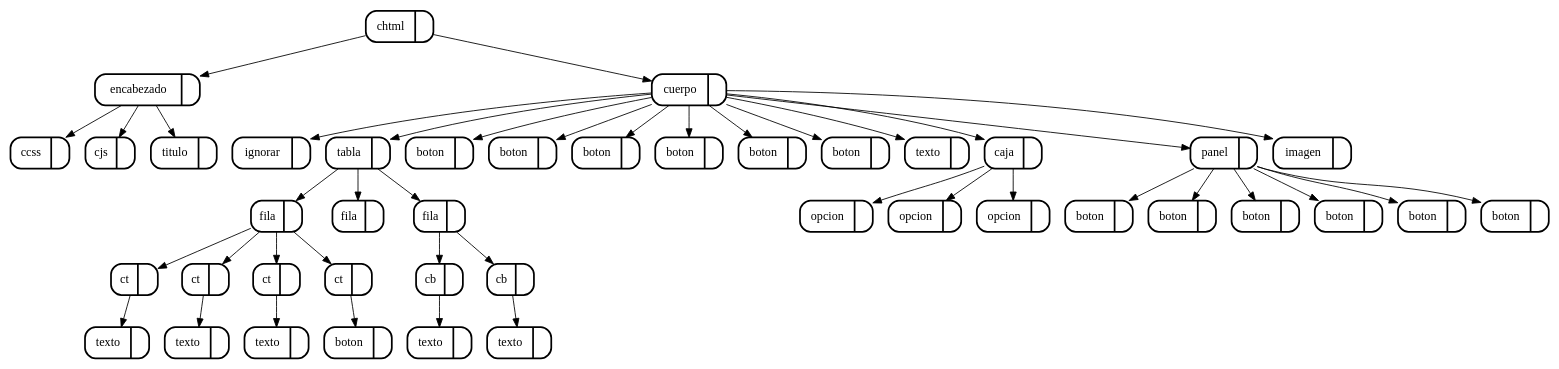
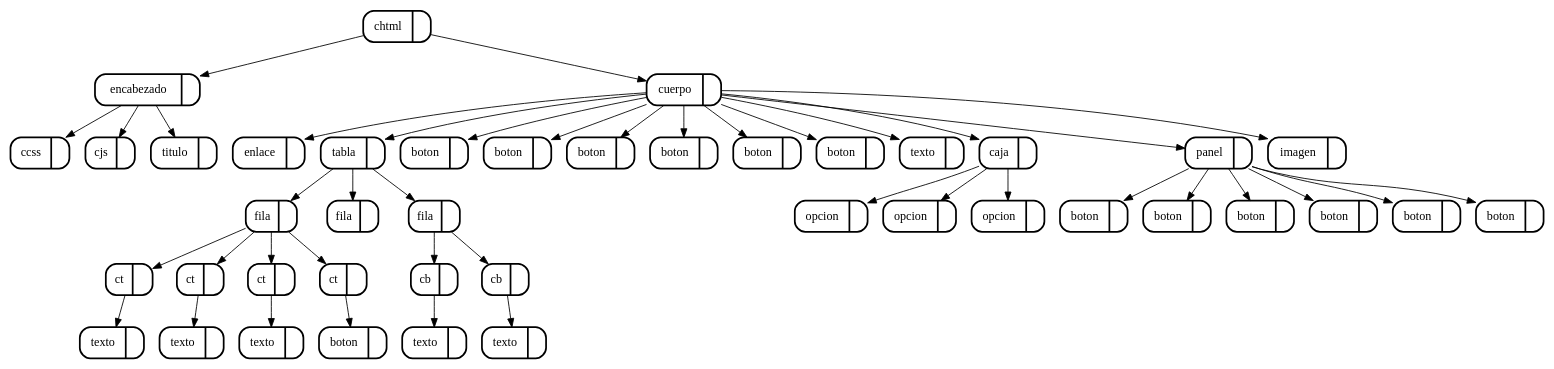
One commit to skrillfer/1s2018_CMP2P1 changed the diagram in USAC_WEB/Imagenes/arbol_dom.dot. Above: the diagram before and after it, drawn with Graphviz. The commit also changed 35 other files, not shown here.

```diff
--- a/USAC_WEB/Imagenes/arbol_dom.dot
+++ b/USAC_WEB/Imagenes/arbol_dom.dot
@@ -1,87 +1,87 @@
 digraph G {
 node[shape=Mrecord]
-121[label="chtml | ",style=bold]
-120[label="encabezado | ",style=bold]
-{121}->{120}
+123[label="chtml | ",style=bold]
+122[label="encabezado | ",style=bold]
+{123}->{122}
 3[label="ccss | ",style=bold]
-{120}->{3}
+{122}->{3}
 7[label="cjs | ",style=bold]
-{120}->{7}
+{122}->{7}
 9[label="titulo | ",style=bold]
-{120}->{9}
-118[label="cuerpo | ",style=bold]
-{121}->{118}
-11[label="ignorar | ",style=bold]
-{118}->{11}
-15[label="tabla | ",style=bold]
-{118}->{15}
-34[label="fila | ",style=bold]
-{15}->{34}
-21[label="ct | ",style=bold]
-{34}->{21}
-20[label="texto | ",style=bold]
-{21}->{20}
-24[label="ct | ",style=bold]
-{34}->{24}
-23[label="texto | ",style=bold]
-{24}->{23}
-27[label="ct | ",style=bold]
-{34}->{27}
-26[label="texto | ",style=bold]
-{27}->{26}
-33[label="ct | ",style=bold]
-{34}->{33}
-32[label="boton | ",style=bold]
-{33}->{32}
-37[label="fila | ",style=bold]
-{15}->{37}
-46[label="fila | ",style=bold]
-{15}->{46}
-41[label="cb | ",style=bold]
-{46}->{41}
-40[label="texto | ",style=bold]
-{41}->{40}
-45[label="cb | ",style=bold]
-{46}->{45}
-44[label="texto | ",style=bold]
-{45}->{44}
-50[label="boton | ",style=bold]
-{118}->{50}
-54[label="boton | ",style=bold]
-{118}->{54}
-58[label="boton | ",style=bold]
-{118}->{58}
-63[label="boton | ",style=bold]
-{118}->{63}
-68[label="boton | ",style=bold]
-{118}->{68}
-73[label="boton | ",style=bold]
-{118}->{73}
-77[label="texto | ",style=bold]
-{118}->{77}
-92[label="caja | ",style=bold]
-{118}->{92}
-84[label="opcion | ",style=bold]
-{92}->{84}
-88[label="opcion | ",style=bold]
-{92}->{88}
-91[label="opcion | ",style=bold]
-{92}->{91}
-111[label="panel | ",style=bold]
-{118}->{111}
-99[label="boton | ",style=bold]
-{111}->{99}
-102[label="boton | ",style=bold]
-{111}->{102}
+{122}->{9}
+120[label="cuerpo | ",style=bold]
+{123}->{120}
+13[label="enlace | ",style=bold]
+{120}->{13}
+17[label="tabla | ",style=bold]
+{120}->{17}
+36[label="fila | ",style=bold]
+{17}->{36}
+23[label="ct | ",style=bold]
+{36}->{23}
+22[label="texto | ",style=bold]
+{23}->{22}
+26[label="ct | ",style=bold]
+{36}->{26}
+25[label="texto | ",style=bold]
+{26}->{25}
+29[label="ct | ",style=bold]
+{36}->{29}
+28[label="texto | ",style=bold]
+{29}->{28}
+35[label="ct | ",style=bold]
+{36}->{35}
+34[label="boton | ",style=bold]
+{35}->{34}
+39[label="fila | ",style=bold]
+{17}->{39}
+48[label="fila | ",style=bold]
+{17}->{48}
+43[label="cb | ",style=bold]
+{48}->{43}
+42[label="texto | ",style=bold]
+{43}->{42}
+47[label="cb | ",style=bold]
+{48}->{47}
+46[label="texto | ",style=bold]
+{47}->{46}
+52[label="boton | ",style=bold]
+{120}->{52}
+56[label="boton | ",style=bold]
+{120}->{56}
+60[label="boton | ",style=bold]
+{120}->{60}
+65[label="boton | ",style=bold]
+{120}->{65}
+70[label="boton | ",style=bold]
+{120}->{70}
+75[label="boton | ",style=bold]
+{120}->{75}
+79[label="texto | ",style=bold]
+{120}->{79}
+94[label="caja | ",style=bold]
+{120}->{94}
+86[label="opcion | ",style=bold]
+{94}->{86}
+90[label="opcion | ",style=bold]
+{94}->{90}
+93[label="opcion | ",style=bold]
+{94}->{93}
+113[label="panel | ",style=bold]
+{120}->{113}
+101[label="boton | ",style=bold]
+{113}->{101}
 104[label="boton | ",style=bold]
-{111}->{104}
+{113}->{104}
 106[label="boton | ",style=bold]
-{111}->{106}
+{113}->{106}
 108[label="boton | ",style=bold]
-{111}->{108}
+{113}->{108}
 110[label="boton | ",style=bold]
-{111}->{110}
-116[label="imagen | ",style=bold]
-{118}->{116}
+{113}->{110}
+112[label="boton | ",style=bold]
+{113}->{112}
+118[label="imagen | ",style=bold]
+{120}->{118}
 
 }
```
